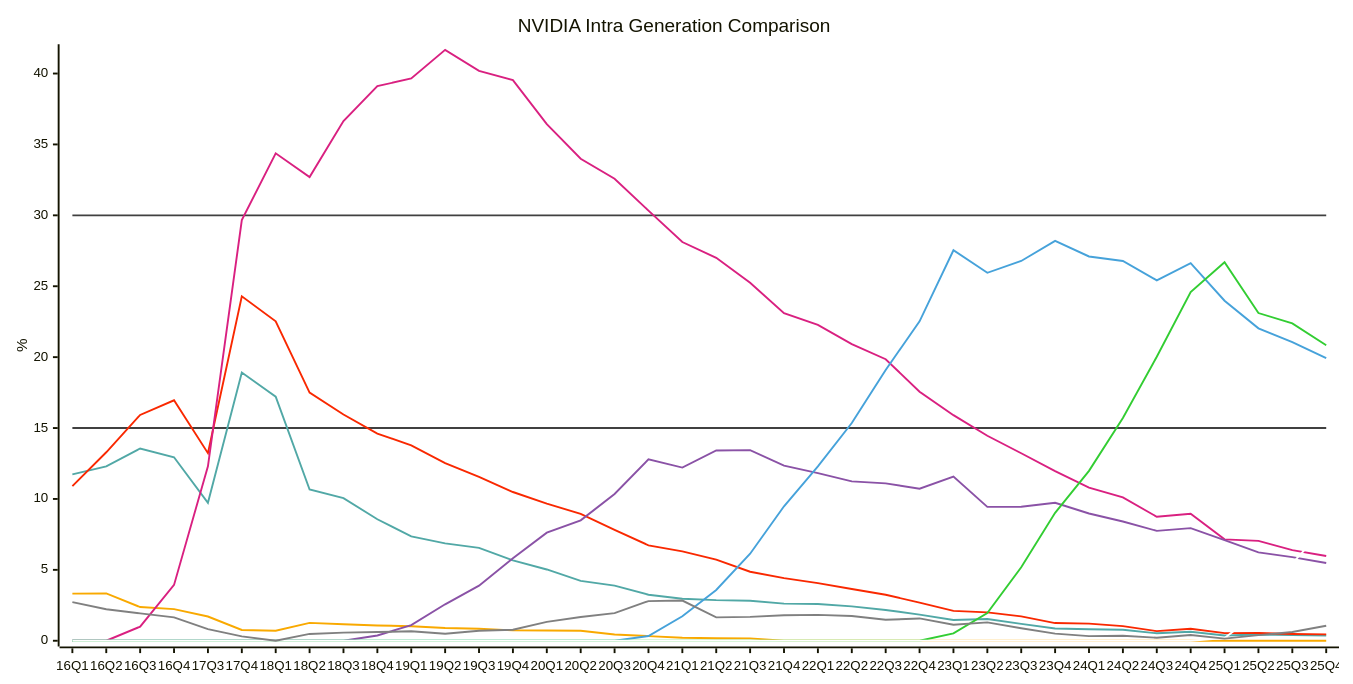
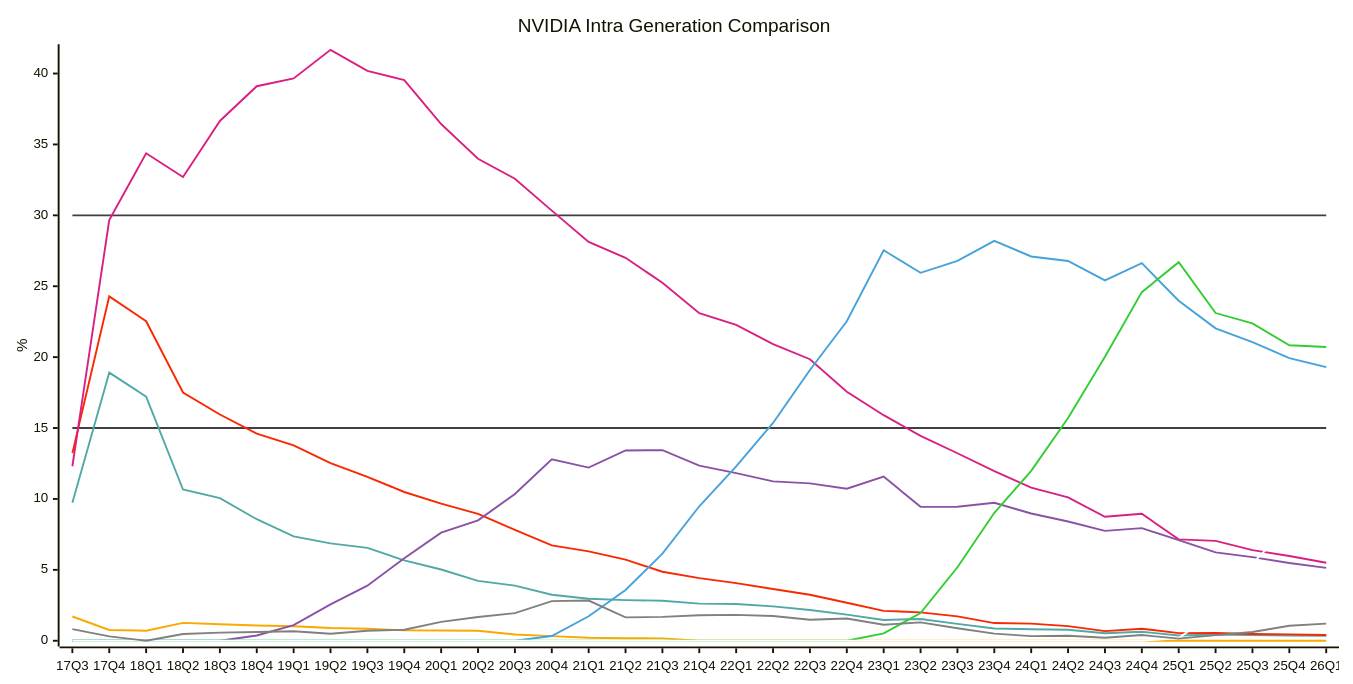
The second of 31 diagrams in README.md (jdegene/steamHWsurvey), drawn with Mermaid before and after one commit. The commit also changed other lines of this file and 3 other files, not shown here.

````diff
--- a/README.md
+++ b/README.md
@@ -98,29 +98,29 @@
 ```mermaid
 ---
 config:
     xyChart:
         width: 1400
         height: 700
         
     themeVariables:
         xyChart:
             plotColorPalette: "#404040,#404040,#51a8a6,#f9a900,#f92800,#d92080,#8a52a6,#46a2da,#32CD32,#FFFFFF,#808080"
 
 --- 
 
 xychart-beta
     title "NVIDIA Intra Generation Comparison"
-    x-axis [16Q1, 16Q2, 16Q3, 16Q4, 17Q3, 17Q4, 18Q1, 18Q2, 18Q3, 18Q4, 19Q1, 19Q2, 19Q3, 19Q4, 20Q1, 20Q2, 20Q3, 20Q4, 21Q1, 21Q2, 21Q3, 21Q4, 22Q1, 22Q2, 22Q3, 22Q4, 23Q1, 23Q2, 23Q3, 23Q4, 24Q1, 24Q2, 24Q3, 24Q4, 25Q1, 25Q2, 25Q3, 25Q4]
+    x-axis [17Q3, 17Q4, 18Q1, 18Q2, 18Q3, 18Q4, 19Q1, 19Q2, 19Q3, 19Q4, 20Q1, 20Q2, 20Q3, 20Q4, 21Q1, 21Q2, 21Q3, 21Q4, 22Q1, 22Q2, 22Q3, 22Q4, 23Q1, 23Q2, 23Q3, 23Q4, 24Q1, 24Q2, 24Q3, 24Q4, 25Q1, 25Q2, 25Q3, 25Q4, 26Q1]
     y-axis "%" 
- line [15, 15, 15, 15, 15, 15, 15, 15, 15, 15, 15, 15, 15, 15, 15, 15, 15, 15, 15, 15, 15, 15, 15, 15, 15, 15, 15, 15, 15, 15, 15, 15, 15, 15, 15, 15, 15, 15]
- line [30, 30, 30, 30, 30, 30, 30, 30, 30, 30, 30, 30, 30, 30, 30, 30, 30, 30, 30, 30, 30, 30, 30, 30, 30, 30, 30, 30, 30, 30, 30, 30, 30, 30, 30, 30, 30, 30]
-    line [11.73, 12.293333333333333, 13.56, 12.94, 9.725, 18.91, 17.213333333333335, 10.666666666666668, 10.056666666666668, 8.57, 7.359999999999999, 6.866666666666667, 6.553333333333333, 5.663333333333333, 5.026666666666666, 4.22, 3.8899999999999997, 3.2466666666666666, 2.9633333333333334, 2.8666666666666663, 2.8233333333333333, 2.62, 2.5866666666666664, 2.4266666666666667, 2.17, 1.8433333333333333, 1.4633333333333332, 1.5366666666666666, 1.1933333333333331, 0.8633333333333333, 0.8133333333333335, 0.78, 0.5266666666666667, 0.6366666666666666, 0.36666666666666664, 0.44333333333333336, 0.4, 0.36666666666666664]
-    line [3.323333333333333, 3.34, 2.375, 2.2266666666666666, 1.71, 0.76, 0.71, 1.26, 1.1633333333333333, 1.0799999999999998, 1.0233333333333332, 0.8966666666666666, 0.8433333333333333, 0.73, 0.7266666666666667, 0.71, 0.44333333333333336, 0.32666666666666666, 0.20666666666666667, 0.18000000000000002, 0.16999999999999998, 0, 0, 0, 0, 0, 0, 0, 0, 0, 0, 0, 0, 0, 0, 0, 0, 0]
-    line [10.9, 13.29, 15.925, 16.956666666666667, 13.23, 24.28666666666667, 22.529999999999998, 17.503333333333334, 15.953333333333333, 14.610000000000001, 13.783333333333333, 12.520000000000001, 11.553333333333333, 10.489999999999998, 9.670000000000002, 8.946666666666667, 7.816666666666666, 6.7299999999999995, 6.303333333333333, 5.716666666666667, 4.866666666666667, 4.416666666666667, 4.066666666666666, 3.6533333333333333, 3.2433333333333336, 2.6833333333333336, 2.106666666666667, 2.0033333333333334, 1.7166666666666668, 1.2466666666666668, 1.21, 1.0333333333333332, 0.6766666666666666, 0.8466666666666666, 0.5366666666666666, 0.5466666666666667, 0.4766666666666666, 0.44999999999999996]
-    line [0, 0, 0.9950000000000001, 3.936666666666667, 12.305, 29.66333333333333, 34.37333333333333, 32.7, 36.653333333333336, 39.10666666666667, 39.656666666666666, 41.67, 40.18333333333333, 39.53333333333333, 36.43666666666667, 33.989999999999995, 32.583333333333336, 30.330000000000002, 28.12, 27.006666666666668, 25.240000000000002, 23.096666666666664, 22.27, 20.92, 19.853333333333335, 17.56, 15.906666666666666, 14.453333333333331, 13.223333333333331, 11.966666666666665, 10.803333333333333, 10.110000000000001, 8.743333333333332, 8.949999999999998, 7.1499999999999995, 7.04, 6.386666666666667, 5.973333333333334]
-    line [0, 0, 0, 0, 0, 0, 0, 0, 0, 0.37, 1.1033333333333333, 2.5700000000000003, 3.883333333333333, 5.823333333333333, 7.62, 8.493333333333334, 10.353333333333332, 12.796666666666667, 12.213333333333333, 13.419999999999998, 13.44, 12.346666666666668, 11.820000000000002, 11.236666666666666, 11.096666666666666, 10.72, 11.576666666666668, 9.443333333333333, 9.453333333333331, 9.726666666666667, 8.973333333333333, 8.406666666666666, 7.75, 7.943333333333334, 7.090000000000001, 6.23, 5.8933333333333335, 5.486666666666666]
-    line [0, 0, 0, 0, 0, 0, 0, 0, 0, 0, 0, 0, 0, 0, 0, 0, 0, 0.33499999999999996, 1.73, 3.58, 6.140000000000001, 9.483333333333333, 12.293333333333333, 15.356666666666666, 19.096666666666664, 22.526666666666664, 27.540000000000003, 25.94666666666667, 26.78333333333333, 28.196666666666665, 27.099999999999998, 26.78333333333333, 25.416666666666664, 26.626666666666665, 23.976666666666667, 22.029999999999998, 21.063333333333333, 19.933333333333334]
-    line [0, 0, 0, 0, 0, 0, 0, 0, 0, 0, 0, 0, 0, 0, 0, 0, 0, 0, 0, 0, 0, 0, 0, 0, 0, 0, 0.52, 1.95, 5.183333333333334, 9.023333333333333, 11.983333333333334, 15.706666666666665, 20.026666666666667, 24.583333333333336, 26.693333333333335, 23.11, 22.376666666666665, 20.84]
-    line [0, 0, 0, 0, 0, 0, 0, 0, 0, 0, 0, 0, 0, 0, 0, 0, 0, 0, 0, 0, 0, 0, 0, 0, 0, 0, 0, 0, 0, 0, 0, 0, 0, 0, 0.19, 2.0233333333333334, 5.463333333333334, 8.09]
-    line [2.723333333333333, 2.2233333333333336, 1.9299999999999997, 1.6500000000000001, 0.8199999999999998, 0.31000000000000005, 0, 0.48, 0.5700000000000001, 0.6133333333333334, 0.67, 0.49000000000000005, 0.71, 0.7766666666666667, 1.3333333333333335, 1.6733333333333333, 1.95, 2.796666666666667, 2.833333333333333, 1.6500000000000001, 1.6833333333333336, 1.7933333333333332, 1.8233333333333335, 1.7466666666666668, 1.4766666666666666, 1.5733333333333335, 1.1266666666666667, 1.2933333333333332, 0.8833333333333334, 0.5050000000000001, 0.32666666666666666, 0.35666666666666674, 0.21, 0.4, 0.15, 0.4, 0.6166666666666667, 1.06]
+ line [15, 15, 15, 15, 15, 15, 15, 15, 15, 15, 15, 15, 15, 15, 15, 15, 15, 15, 15, 15, 15, 15, 15, 15, 15, 15, 15, 15, 15, 15, 15, 15, 15, 15, 15]
+ line [30, 30, 30, 30, 30, 30, 30, 30, 30, 30, 30, 30, 30, 30, 30, 30, 30, 30, 30, 30, 30, 30, 30, 30, 30, 30, 30, 30, 30, 30, 30, 30, 30, 30, 30]
+    line [9.725, 18.91, 17.213333333333335, 10.666666666666668, 10.056666666666668, 8.57, 7.359999999999999, 6.866666666666667, 6.553333333333333, 5.663333333333333, 5.026666666666666, 4.22, 3.8899999999999997, 3.2466666666666666, 2.9633333333333334, 2.8666666666666663, 2.8233333333333333, 2.62, 2.5866666666666664, 2.4266666666666667, 2.17, 1.8433333333333333, 1.4633333333333332, 1.5366666666666666, 1.1933333333333331, 0.8633333333333333, 0.8133333333333335, 0.78, 0.5266666666666667, 0.6366666666666666, 0.36666666666666664, 0.44333333333333336, 0.4, 0.36666666666666664, 0.35000000000000003]
+    line [1.71, 0.76, 0.71, 1.26, 1.1633333333333333, 1.0799999999999998, 1.0233333333333332, 0.8966666666666666, 0.8433333333333333, 0.73, 0.7266666666666667, 0.71, 0.44333333333333336, 0.32666666666666666, 0.20666666666666667, 0.18000000000000002, 0.16999999999999998, 0, 0, 0, 0, 0, 0, 0, 0, 0, 0, 0, 0, 0, 0, 0, 0, 0, 0]
+    line [13.23, 24.28666666666667, 22.529999999999998, 17.503333333333334, 15.953333333333333, 14.610000000000001, 13.783333333333333, 12.520000000000001, 11.553333333333333, 10.489999999999998, 9.670000000000002, 8.946666666666667, 7.816666666666666, 6.7299999999999995, 6.303333333333333, 5.716666666666667, 4.866666666666667, 4.416666666666667, 4.066666666666666, 3.6533333333333333, 3.2433333333333336, 2.6833333333333336, 2.106666666666667, 2.0033333333333334, 1.7166666666666668, 1.2466666666666668, 1.21, 1.0333333333333332, 0.6766666666666666, 0.8466666666666666, 0.5366666666666666, 0.5466666666666667, 0.4766666666666666, 0.44999999999999996, 0.41000000000000003]
+    line [12.305, 29.66333333333333, 34.37333333333333, 32.7, 36.653333333333336, 39.10666666666667, 39.656666666666666, 41.67, 40.18333333333333, 39.53333333333333, 36.43666666666667, 33.989999999999995, 32.583333333333336, 30.330000000000002, 28.12, 27.006666666666668, 25.240000000000002, 23.096666666666664, 22.27, 20.919999999999998, 19.853333333333335, 17.56, 15.906666666666666, 14.453333333333331, 13.223333333333331, 11.966666666666665, 10.803333333333333, 10.110000000000001, 8.743333333333332, 8.949999999999998, 7.1499999999999995, 7.04, 6.386666666666667, 5.973333333333334, 5.5]
+    line [0, 0, 0, 0, 0, 0.37, 1.1033333333333333, 2.5700000000000003, 3.883333333333333, 5.823333333333333, 7.62, 8.493333333333334, 10.353333333333332, 12.796666666666667, 12.213333333333333, 13.420000000000002, 13.44, 12.346666666666668, 11.820000000000002, 11.236666666666666, 11.096666666666666, 10.72, 11.576666666666668, 9.443333333333333, 9.453333333333331, 9.726666666666667, 8.973333333333333, 8.406666666666666, 7.75, 7.9433333333333325, 7.090000000000001, 6.23, 5.8933333333333335, 5.486666666666666, 5.140000000000001]
+    line [0, 0, 0, 0, 0, 0, 0, 0, 0, 0, 0, 0, 0, 0.33499999999999996, 1.73, 3.58, 6.140000000000001, 9.483333333333333, 12.293333333333333, 15.356666666666666, 19.096666666666664, 22.526666666666664, 27.540000000000003, 25.94666666666667, 26.78333333333333, 28.196666666666665, 27.099999999999998, 26.78333333333333, 25.416666666666664, 26.626666666666665, 23.976666666666667, 22.03, 21.063333333333333, 19.933333333333334, 19.3]
+    line [0, 0, 0, 0, 0, 0, 0, 0, 0, 0, 0, 0, 0, 0, 0, 0, 0, 0, 0, 0, 0, 0, 0.52, 1.95, 5.183333333333334, 9.023333333333333, 11.983333333333334, 15.706666666666665, 20.026666666666667, 24.583333333333336, 26.693333333333335, 23.11, 22.376666666666665, 20.84, 20.71]
+    line [0, 0, 0, 0, 0, 0, 0, 0, 0, 0, 0, 0, 0, 0, 0, 0, 0, 0, 0, 0, 0, 0, 0, 0, 0, 0, 0, 0, 0, 0, 0.19, 2.0233333333333334, 5.463333333333334, 8.09, 10.7]
+    line [0.8199999999999998, 0.31000000000000005, 0, 0.48, 0.5700000000000001, 0.6133333333333334, 0.67, 0.49000000000000005, 0.71, 0.7766666666666667, 1.3333333333333335, 1.6733333333333333, 1.95, 2.796666666666667, 2.833333333333333, 1.6500000000000001, 1.6833333333333336, 1.7933333333333332, 1.8233333333333335, 1.7466666666666668, 1.4766666666666666, 1.5733333333333335, 1.1266666666666667, 1.2933333333333332, 0.8833333333333334, 0.5050000000000001, 0.32666666666666666, 0.35666666666666674, 0.21, 0.4, 0.15, 0.4, 0.6166666666666667, 1.06, 1.21]
 ``` 
````
